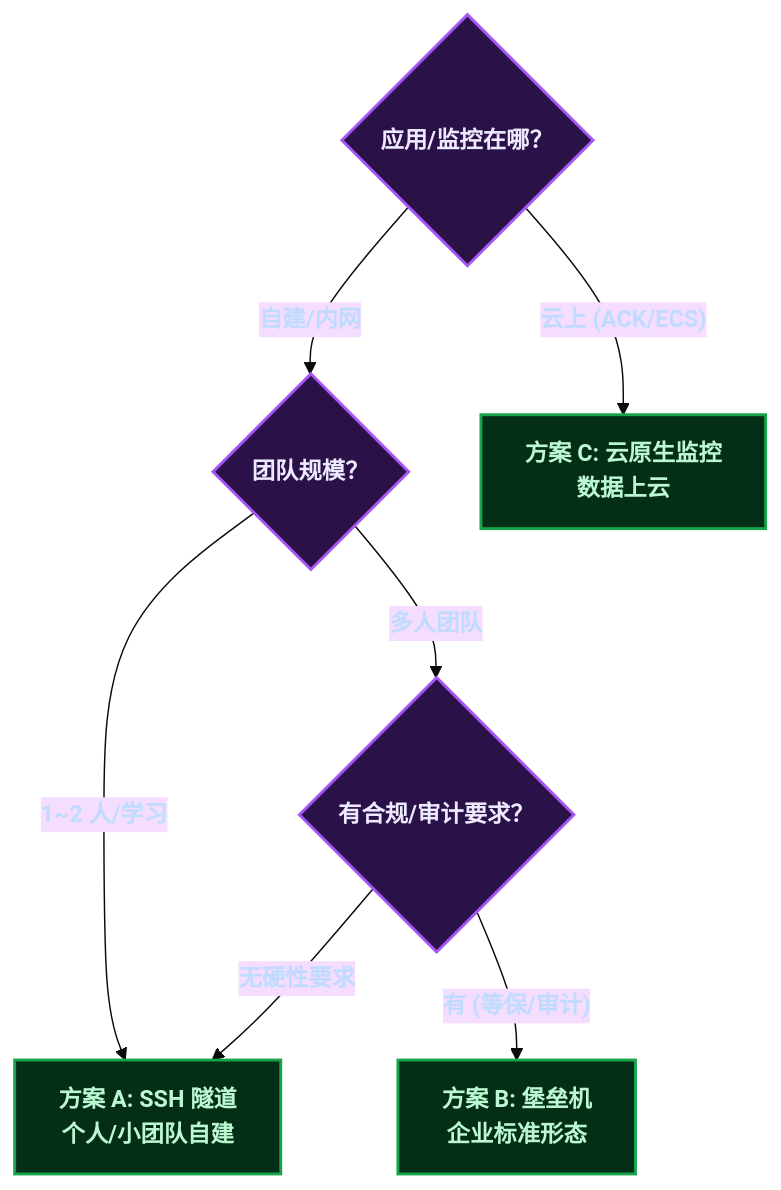
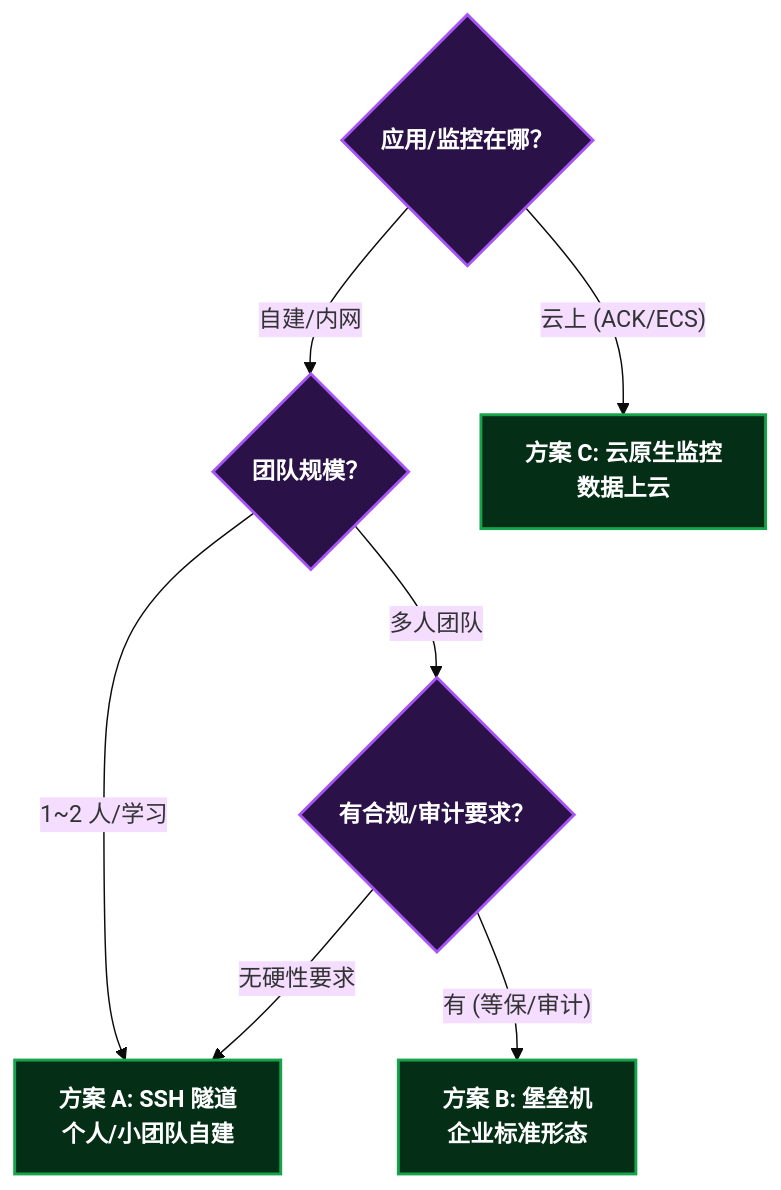
One commit to yaocat55/yaocat55.github.io changed the fourth of 4 diagrams in content/posts/kubernetes/MonitoringAccessThreeWays.md. Above: the diagram before and after it, drawn with Mermaid (base theme). The commit also changed other lines of this file and 27 other files, not shown here.

Commit message:
docs: 全系列 93 张 Mermaid 图 classDef 改为 style 强制深底白字(修复部分渲染器白底浅字)+历史文件格式清理

````diff
--- a/content/posts/kubernetes/MonitoringAccessThreeWays.md
+++ b/content/posts/kubernetes/MonitoringAccessThreeWays.md
@@ -217,25 +210,24 @@
 ```mermaid
 %% 决策: 按规模/合规/应用位置选型
 flowchart TD
-    classDef root fill:#0f172a,stroke:#3b82f6,stroke-width:2.5px,color:#bfdbfe,font-weight:bold;
-    classDef condition fill:#2a1147,stroke:#a855f7,stroke-width:2px,color:#ede9fe,font-weight:bold;
-    classDef data fill:#052e16,stroke:#16a34a,stroke-width:2px,color:#bbf7d0,font-weight:bold;
-    classDef reject fill:#450a0a,stroke:#dc2626,stroke-width:2px,color:#fecaca,font-weight:bold;
 
     Q1{"应用/监控在哪？"}
     Q2{"团队规模？"}
     Q3{"有合规/审计要求？"}
     D1["方案 A: SSH 隧道\n个人/小团队自建"]
     D2["方案 B: 堡垒机\n企业标准形态"]
     D3["方案 C: 云原生监控\n数据上云"]
 
     Q1 -->|"云上 (ACK/ECS)"| D3
     Q1 -->|"自建/内网"| Q2
     Q2 -->|"1~2 人/学习"| D1
     Q2 -->|"多人团队"| Q3
     Q3 -->|"有 (等保/审计)"| D2
     Q3 -->|"无硬性要求"| D1
-
-    class Q1,Q2,Q3 condition;
-    class D1,D2,D3 data;
+    style Q1 fill:#2a1147,stroke:#a855f7,stroke-width:2px,color:#ffffff,font-weight:bold
+    style Q2 fill:#2a1147,stroke:#a855f7,stroke-width:2px,color:#ffffff,font-weight:bold
+    style Q3 fill:#2a1147,stroke:#a855f7,stroke-width:2px,color:#ffffff,font-weight:bold
+    style D1 fill:#052e16,stroke:#16a34a,stroke-width:2px,color:#ffffff,font-weight:bold
+    style D2 fill:#052e16,stroke:#16a34a,stroke-width:2px,color:#ffffff,font-weight:bold
+    style D3 fill:#052e16,stroke:#16a34a,stroke-width:2px,color:#ffffff,font-weight:bold
 ```
````
